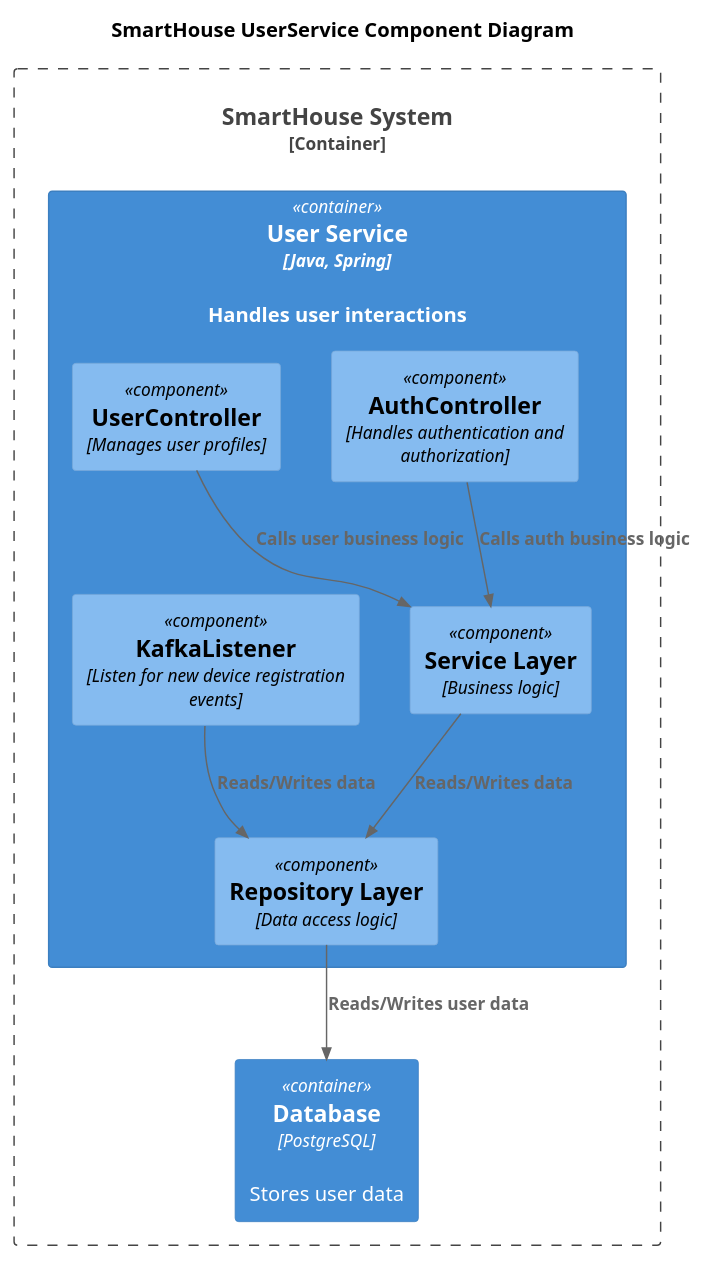
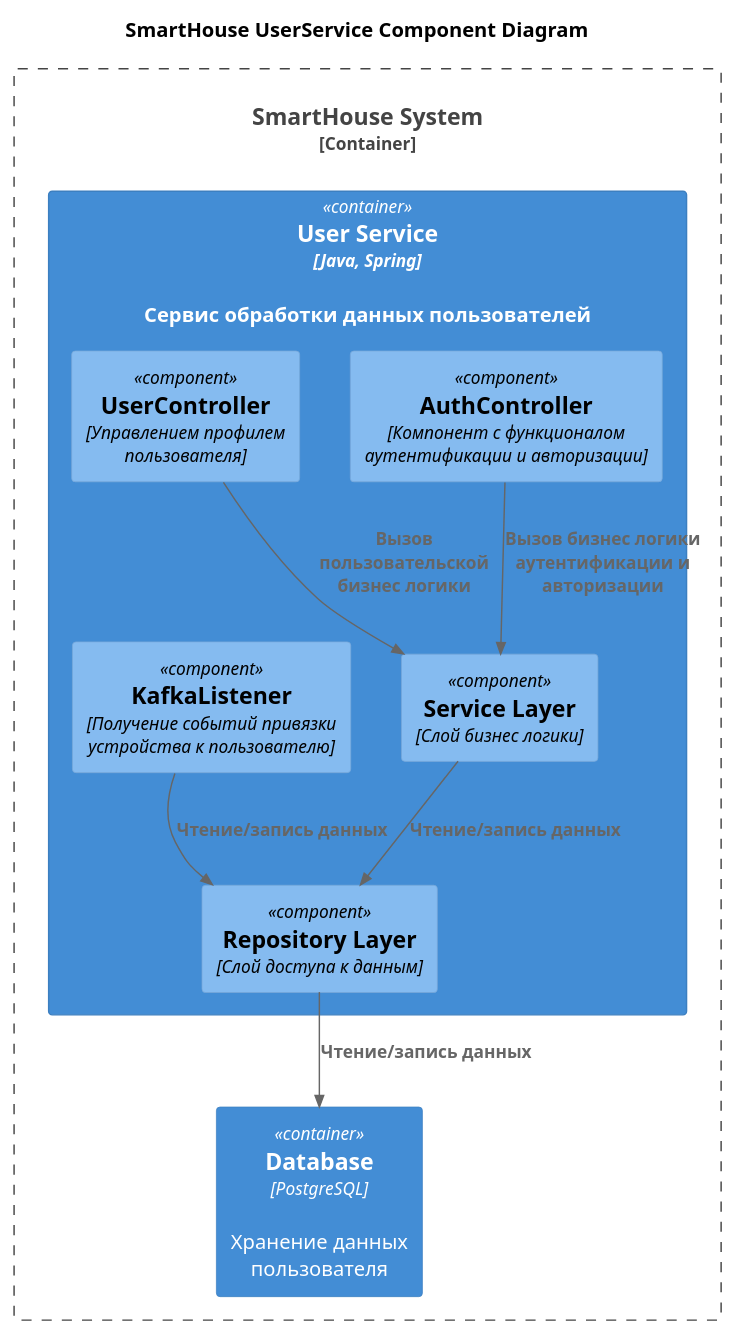
One commit to ZhurkinAngular/Warmhouse changed the diagram in schemas/Component_User_task_2.puml. Above: the diagram before and after it, drawn with PlantUML. The commit also changed 3 other files, not shown here.

```diff
--- a/schemas/Component_User_task_2.puml
+++ b/schemas/Component_User_task_2.puml
@@ -1,26 +1,26 @@
 @startuml
 title SmartHouse UserService Component Diagram
 
 top to bottom direction
 
 !includeurl https://raw.githubusercontent.com/RicardoNiepel/C4-PlantUML/master/C4_Component.puml
 
 Container_Boundary(SmartHouseSystem, "SmartHouse System") {
-  Container(UserService, "User Service", "Java, Spring", "Handles user interactions")
-  Container(Database, "Database", "PostgreSQL", "Stores user data")
+  Container(UserService, "User Service", "Java, Spring", "Сервис обработки данных пользователей")
+  Container(Database, "Database", "PostgreSQL", "Хранение данных пользователя")
 }
 
 Container(UserService, "Web Application", "Java, Spring") {
-  Component(AuthController, "AuthController", "Handles authentication and authorization")
-  Component(UserController, "UserController", "Manages user profiles")
-  Component(KafkaListener, "KafkaListener", "Listen for new device registration events")
-  Component(ServiceLayer, "Service Layer", "Business logic")
-  Component(RepositoryLayer, "Repository Layer", "Data access logic")
+  Component(AuthController, "AuthController", "Компонент с функционалом аутентификации и авторизации")
+  Component(UserController, "UserController", "Управлением профилем пользователя")
+  Component(KafkaListener, "KafkaListener", "Получение событий привязки устройства к пользователю")
+  Component(ServiceLayer, "Service Layer", "Слой бизнес логики")
+  Component(RepositoryLayer, "Repository Layer", "Слой доступа к данным")
 }
 
-Rel(AuthController,ServiceLayer,"Calls auth business logic")
-Rel(UserController,ServiceLayer,"Calls user business logic")
-Rel(ServiceLayer,RepositoryLayer,"Reads/Writes data")
-Rel(KafkaListener,RepositoryLayer,"Reads/Writes data")
-Rel(RepositoryLayer,Database,"Reads/Writes user data")
+Rel(AuthController,ServiceLayer,"Вызов бизнес логики аутентификации и авторизации")
+Rel(UserController,ServiceLayer,"Вызов пользовательской бизнес логики")
+Rel(ServiceLayer,RepositoryLayer,"Чтение/запись данных")
+Rel(KafkaListener,RepositoryLayer,"Чтение/запись данных")
+Rel(RepositoryLayer,Database,"Чтение/запись данных")
 @enduml
```
